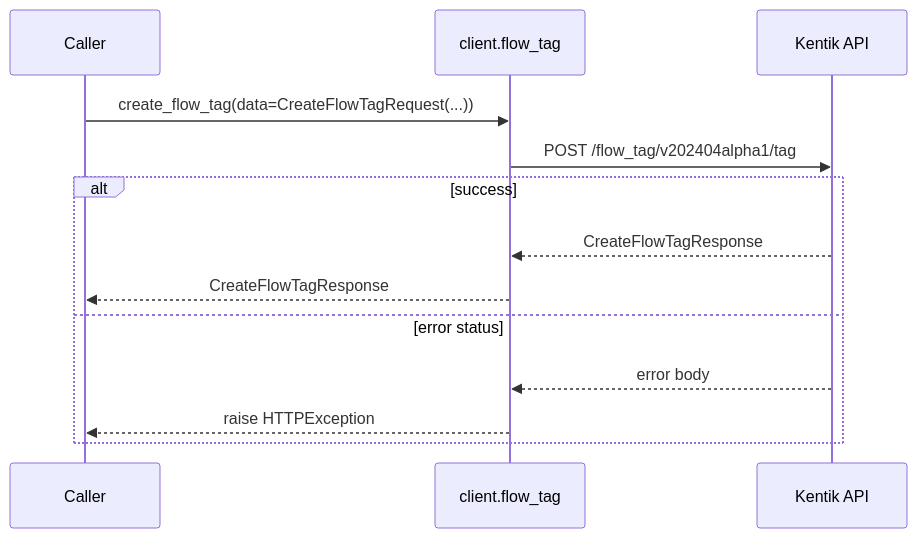
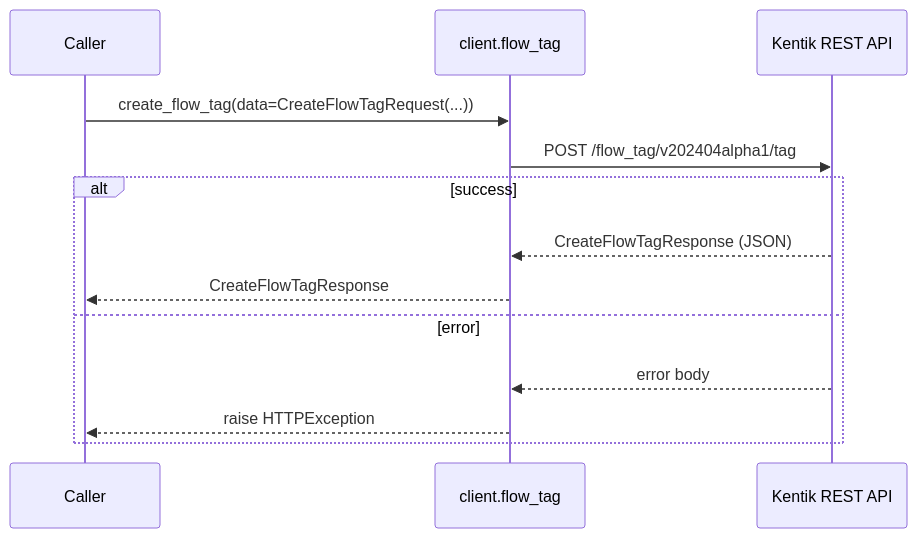
One commit to alexdearaujo/community_sdk_python changed the fourth of 12 diagrams in docs/sphinx/services/flow_tag.md. Above: the diagram before and after it, drawn with Mermaid. The commit also changed other lines of this file and 61 other files, not shown here.

````diff
--- a/docs/sphinx/services/flow_tag.md
+++ b/docs/sphinx/services/flow_tag.md
@@ -85,16 +112,16 @@
 ```mermaid
 sequenceDiagram
     participant C as Caller
     participant W as client.flow_tag
-    participant API as Kentik API
+    participant API as Kentik REST API
 
     C->>W: create_flow_tag(data=CreateFlowTagRequest(...))
     W->>API: POST /flow_tag/v202404alpha1/tag
     alt success
-        API-->>W: CreateFlowTagResponse
+        API-->>W: CreateFlowTagResponse (JSON)
         W-->>C: CreateFlowTagResponse
-    else error status
+    else error
         API-->>W: error body
         W-->>C: raise HTTPException
     end
 ```
````
